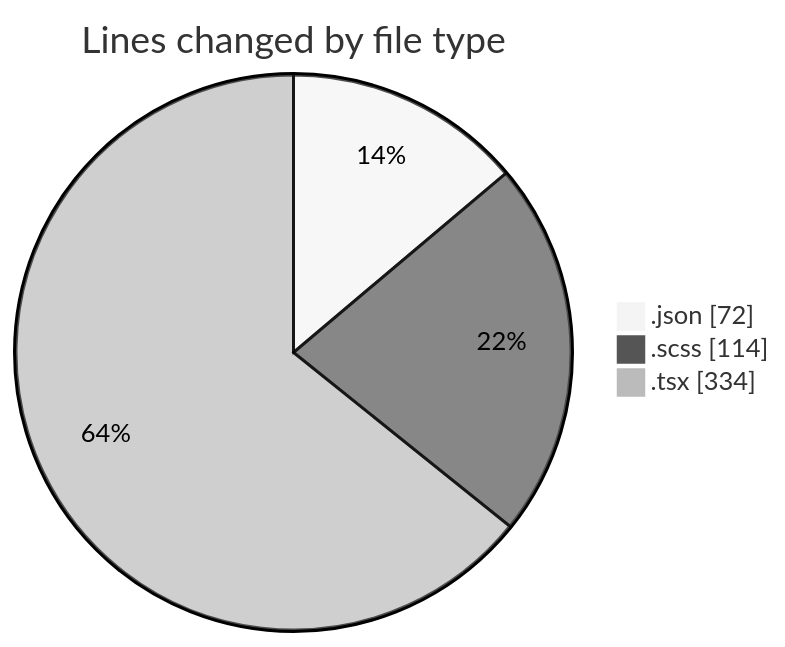
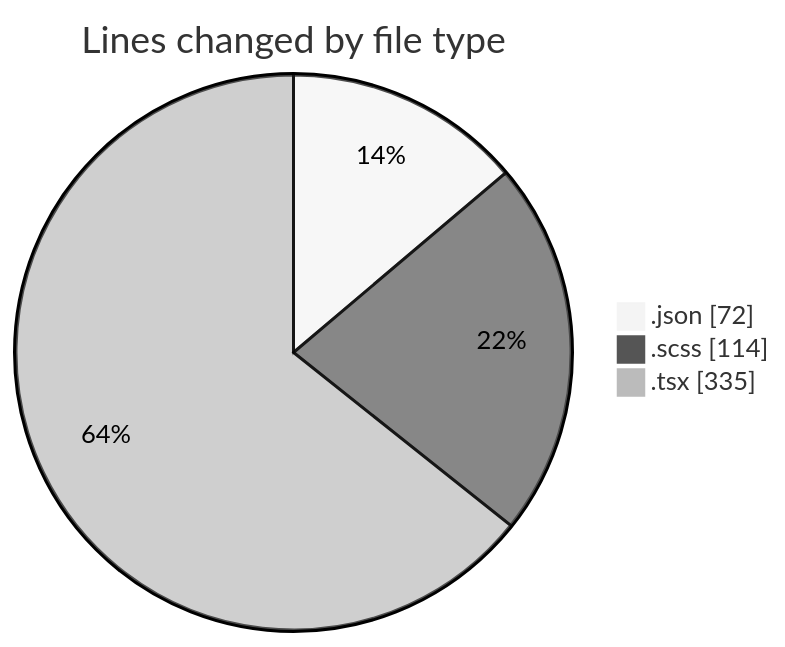
One commit to momahboobian/code-tracking changed the first of 2 diagrams in 2026-10-12/cda/README.md. Above: the diagram before and after it, drawn with Mermaid (neutral theme). The commit also changed other lines of this file and 1 other file, not shown here.

````diff
--- a/2026-10-12/cda/README.md
+++ b/2026-10-12/cda/README.md
@@ -24,7 +24,7 @@
 ```mermaid
 pie showData
 title Lines changed by file type
 ".json" : 72
 ".scss" : 114
-".tsx" : 334
+".tsx" : 335
 ```
````
